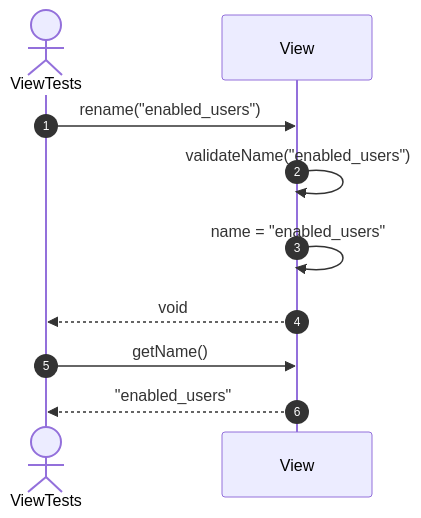
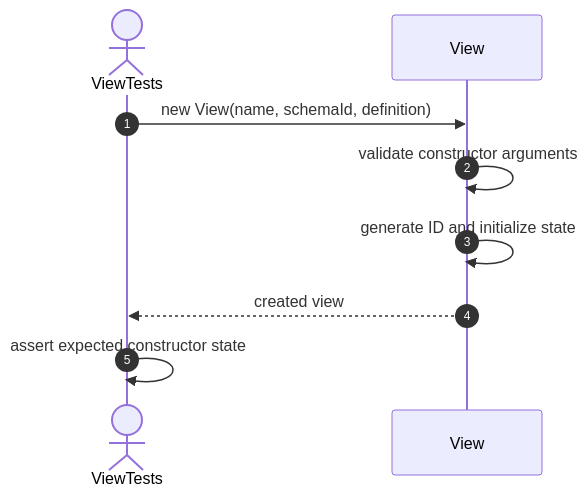
The fourth of 48 diagrams in src/tests/unit/metadata/docs/view-testing.se.md (FhuAnn/-bbv-AN-s-DBMS), drawn with Mermaid before and after one commit. The commit also changed other lines of this file and 7 other files, not shown here.

Commit message:
update detail testing process up to now in readme, update constraint testing sequences

````diff
--- a/src/tests/unit/metadata/docs/view-testing.se.md
+++ b/src/tests/unit/metadata/docs/view-testing.se.md
@@ -61,14 +49,11 @@
 ```mermaid
 sequenceDiagram
     autonumber
     actor Test as ViewTests
     participant View as View
-
-    Test->>View: rename("enabled_users")
-    View->>View: validateName("enabled_users")
-    View->>View: name = "enabled_users"
-    View-->>Test: void
-
-    Test->>View: getName()
-    View-->>Test: "enabled_users"
+    Test->>View: new View(name, schemaId, definition)
+    View->>View: validate constructor arguments
+    View->>View: generate ID and initialize state
+    View-->>Test: created view
+    Test->>Test: assert expected constructor state
 ```
````
